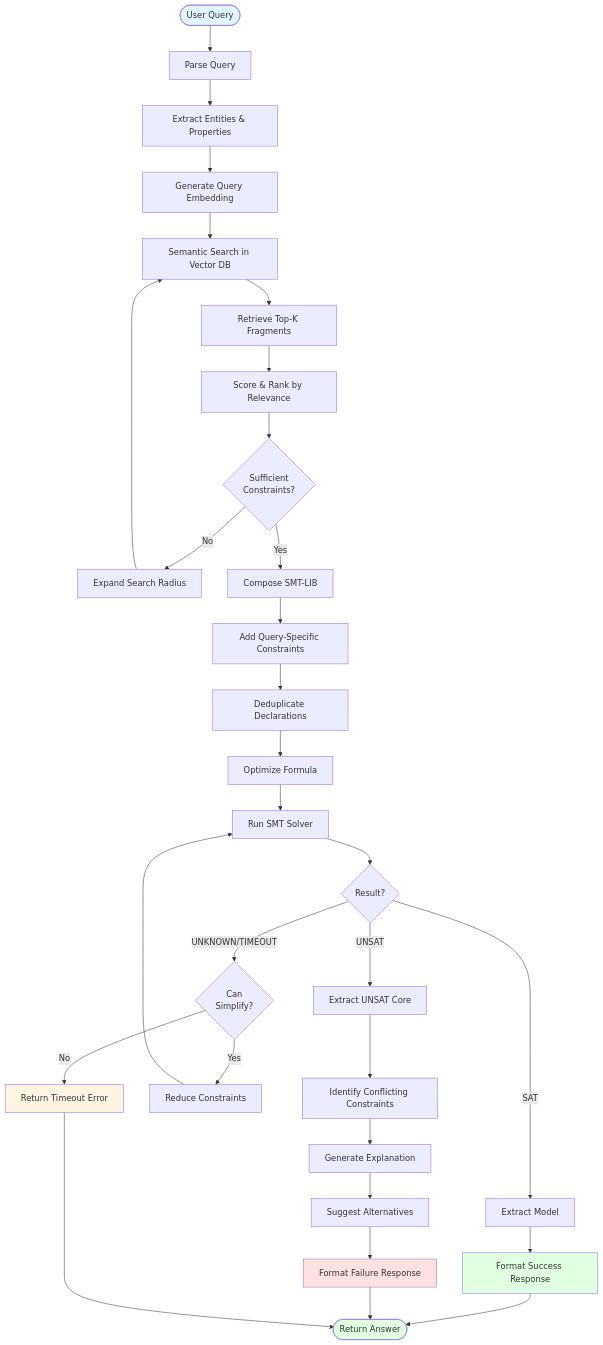
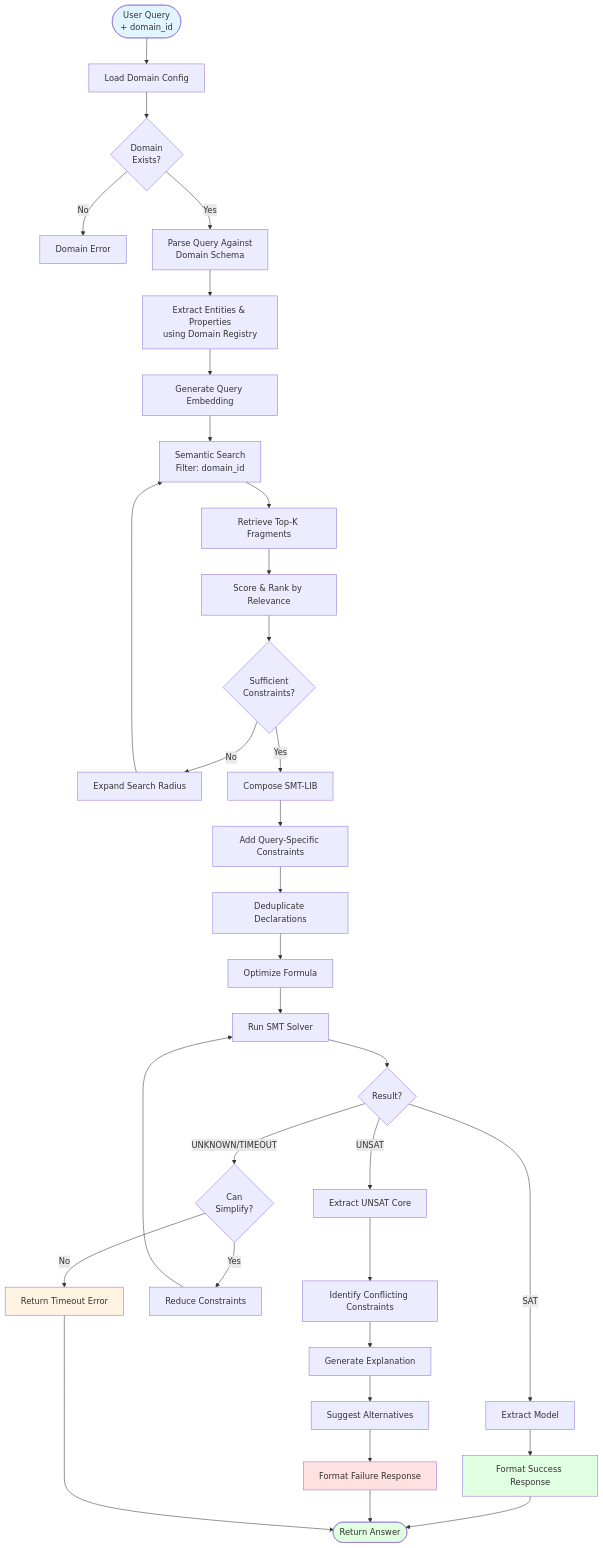
Before and after one commit to o2alexanderfedin/hupyy-temporal: the seventh of 13 diagrams in docs/FULL_SYSTEM_ARCHITECTURE_PROPOSAL.md, drawn with Mermaid. The commit also changed other lines of this file, not shown here.

First line of the commit message:
docs(TASK-004): Update query pipeline for domain-scoped queries

````diff
--- a/docs/FULL_SYSTEM_ARCHITECTURE_PROPOSAL.md
+++ b/docs/FULL_SYSTEM_ARCHITECTURE_PROPOSAL.md
@@ -1217,46 +1223,49 @@
 ```mermaid
 flowchart TD
-    Start([User Query]) --> Parse[Parse Query]
-    Parse --> Extract[Extract Entities & Properties]
-    
+    Start([User Query<br/>+ domain_id]) --> LoadDomain[Load Domain Config]
+    LoadDomain --> ValidateDomain{Domain<br/>Exists?}
+    ValidateDomain -->|No| DomainError[Domain Error]
+    ValidateDomain -->|Yes| Parse[Parse Query Against<br/>Domain Schema]
+    Parse --> Extract[Extract Entities & Properties<br/>using Domain Registry]
+
     Extract --> Embed[Generate Query Embedding]
-    Embed --> Search[Semantic Search in Vector DB]
+    Embed --> Search[Semantic Search<br/>Filter: domain_id]
     
     Search --> Retrieve[Retrieve Top-K Fragments]
     Retrieve --> Score[Score & Rank by Relevance]
     
     Score --> Filter{Sufficient<br/>Constraints?}
     Filter -->|No| Expand[Expand Search Radius]
     Expand --> Search
     Filter -->|Yes| Compose[Compose SMT-LIB]
     
     Compose --> AddQuery[Add Query-Specific Constraints]
     AddQuery --> Dedupe[Deduplicate Declarations]
     Dedupe --> Optimize[Optimize Formula]
     
     Optimize --> Solve[Run SMT Solver]
     Solve --> Result{Result?}
     
     Result -->|SAT| Model[Extract Model]
     Model --> FormatSAT[Format Success Response]
     FormatSAT --> End([Return Answer])
     
     Result -->|UNSAT| Core[Extract UNSAT Core]
     Core --> Identify[Identify Conflicting Constraints]
     Identify --> Explain[Generate Explanation]
     Explain --> Suggest[Suggest Alternatives]
     Suggest --> FormatUNSAT[Format Failure Response]
     FormatUNSAT --> End
     
     Result -->|UNKNOWN/TIMEOUT| Simplify{Can<br/>Simplify?}
     Simplify -->|Yes| Reduce[Reduce Constraints]
     Reduce --> Solve
     Simplify -->|No| Timeout[Return Timeout Error]
     Timeout --> End
     
     style Start fill:#e1f5ff
     style End fill:#e1ffe1
     style FormatSAT fill:#e1ffe1
     style FormatUNSAT fill:#ffe1e1
     style Timeout fill:#fff4e1
 ```
````
